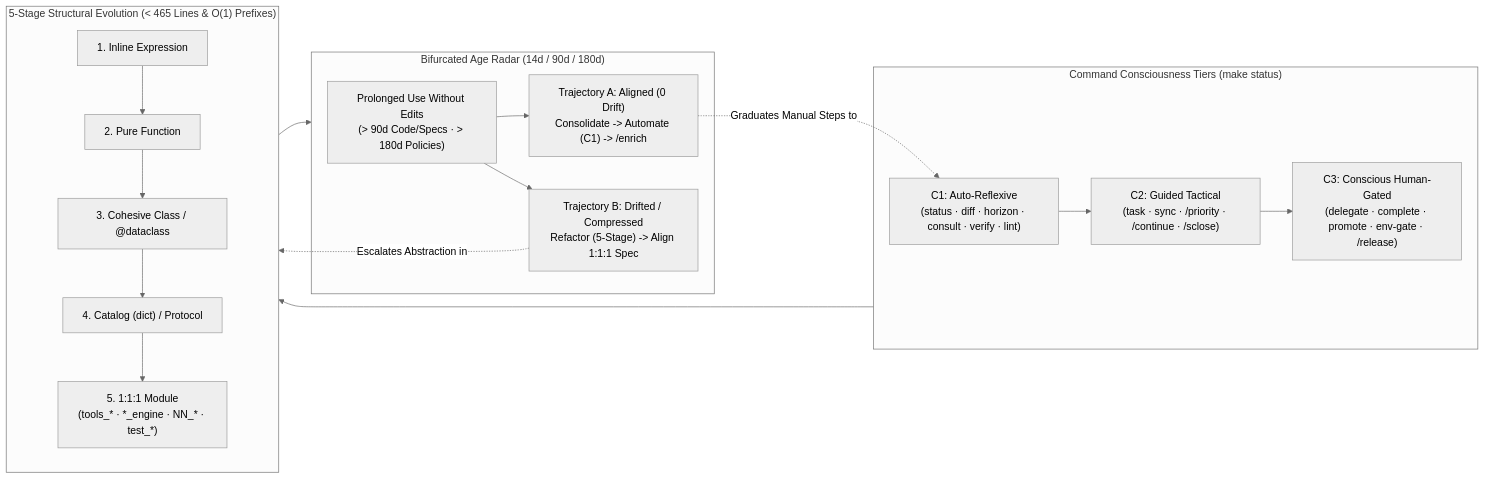
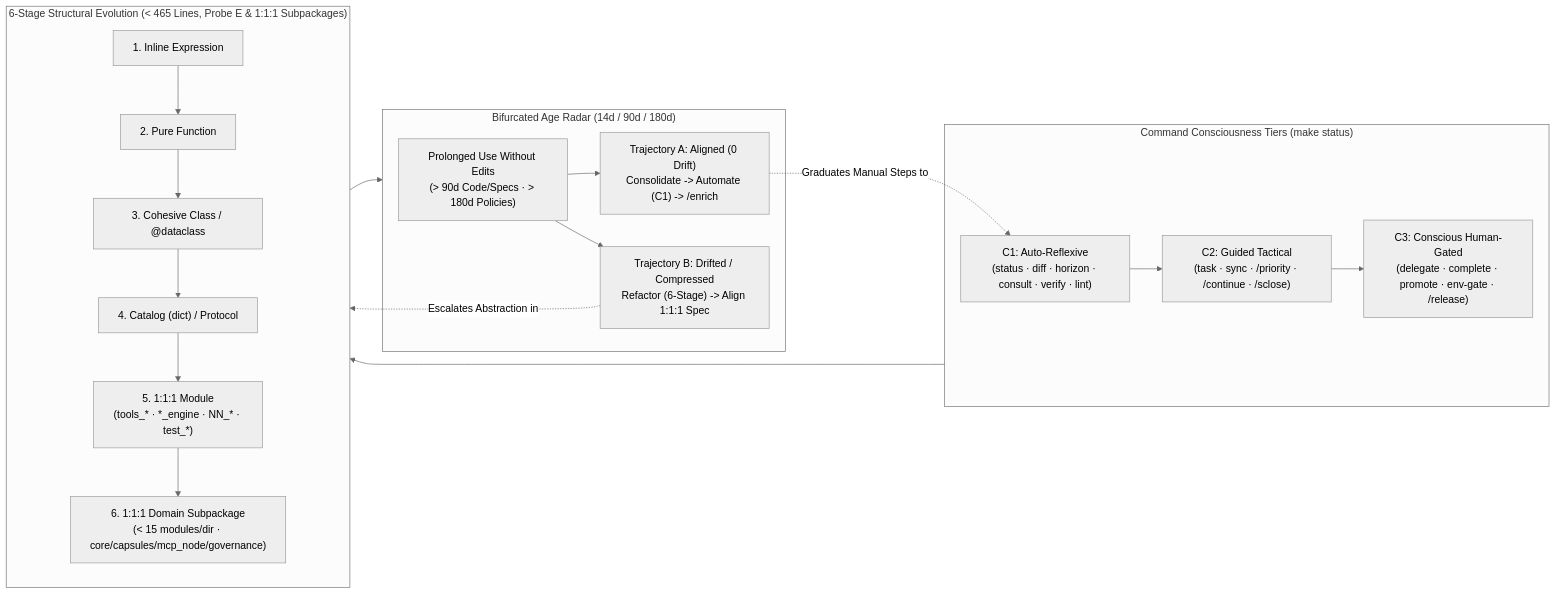
One commit to mtwuser/dotfiles-ubuntu changed the third of 3 diagrams in README.md. Above: the diagram before and after it, drawn with Mermaid (neutral theme). The commit also changed other lines of this file and 28 other files, not shown here.

Commit message:
docs(mcp): align 1:1:1 subpackage architecture, live MCP symbiosis, and 6-stage evolution across all docs and gates

````diff
--- a/README.md
+++ b/README.md
@@ -164,28 +164,29 @@
 ```mermaid
 flowchart LR
     subgraph CMD["Command Consciousness Tiers (make status)"]
         C1["C1: Auto-Reflexive\n(status · diff · horizon · consult · verify · lint)"]
         C2["C2: Guided Tactical\n(task · sync · /priority · /continue · /sclose)"]
         C3["C3: Conscious Human-Gated\n(delegate · complete · promote · env-gate · /release)"]
         C1 --> C2 --> C3
     end
 
-    subgraph EVO["5-Stage Structural Evolution (< 465 Lines & O(1) Prefixes)"]
+    subgraph EVO["6-Stage Structural Evolution (< 465 Lines, Probe E & 1:1:1 Subpackages)"]
         S1["1. Inline Expression"] --> S2["2. Pure Function"]
         S2 --> S3["3. Cohesive Class / @dataclass"]
         S3 --> S4["4. Catalog (dict) / Protocol"]
         S4 --> S5["5. 1:1:1 Module\n(tools_* · *_engine · NN_* · test_*)"]
+        S5 --> S6["6. 1:1:1 Domain Subpackage\n(< 15 modules/dir · core/capsules/mcp_node/governance)"]
     end
 
     subgraph AGE["Bifurcated Age Radar (14d / 90d / 180d)"]
         TRIG["Prolonged Use Without Edits\n(> 90d Code/Specs · > 180d Policies)"]
         ALN["Trajectory A: Aligned (0 Drift)\nConsolidate -> Automate (C1) -> /enrich"]
-        DRF["Trajectory B: Drifted / Compressed\nRefactor (5-Stage) -> Align 1:1:1 Spec"]
+        DRF["Trajectory B: Drifted / Compressed\nRefactor (6-Stage) -> Align 1:1:1 Spec"]
         TRIG --> ALN
         TRIG --> DRF
     end
 
     CMD --> EVO --> AGE
     ALN -.->|"Graduates Manual Steps to"| C1
     DRF -.->|"Escalates Abstraction in"| EVO
 ```
````
